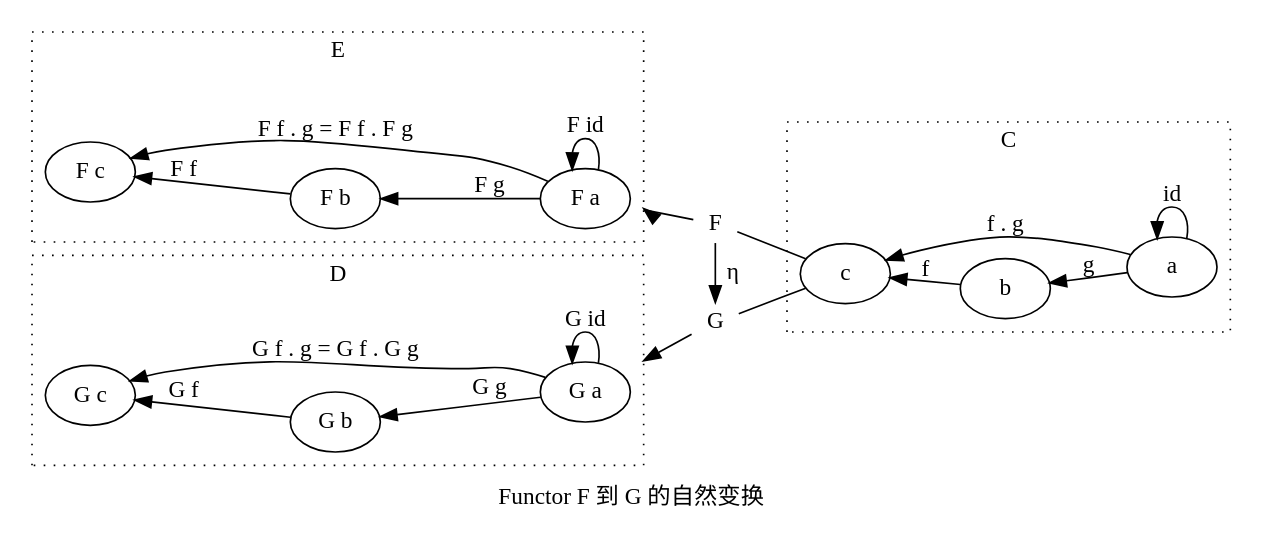
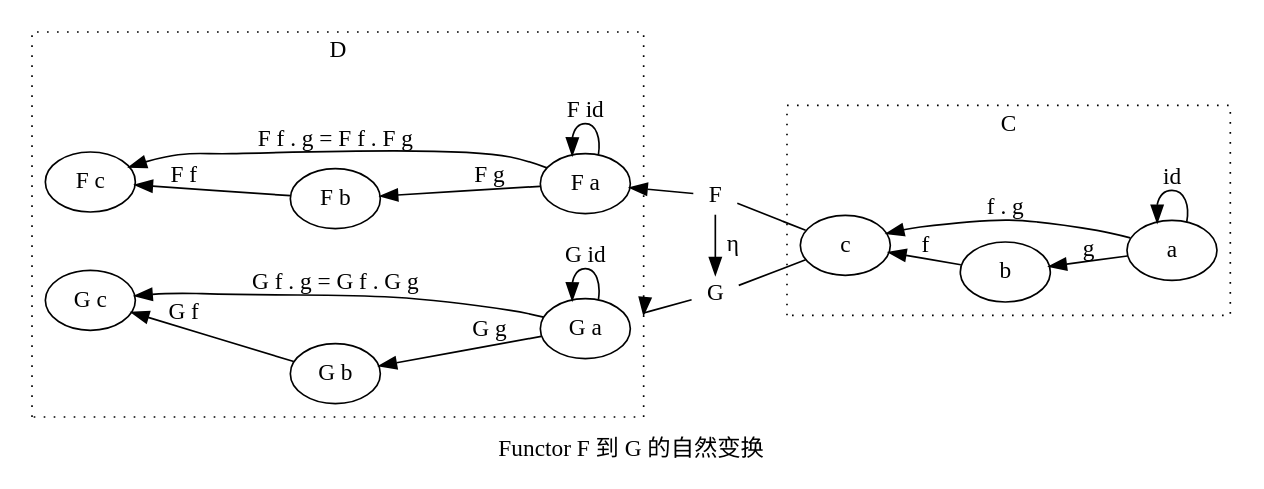
Before and after one commit to jcouyang/blog: the third of 5 diagrams in org/grokking-monad/index.org, drawn with Graphviz. The commit also changed other lines of this file and 2 other files, not shown here.

```diff
--- a/org/grokking-monad/index.org
+++ b/org/grokking-monad/index.org
@@ -187,45 +194,40 @@
 #+BEGIN_SRC dot :file images/natrual-transformation.svg :exports results
   digraph {
   label="Functor F 到 G 的自然变换"
   compound=true;
   rankdir=RL
   subgraph cluster_C {
           style=dotted
           label="C"
           a -> a [label=id]
           a -> b [label=g]
           b -> c [label=f]
           a -> c [label="f . g"]
   }
   subgraph cluster_D {
           style=dotted
           label=D
           "G a" -> "G a" [label="G id"]
           "G a" -> "G b" [label="G g"]
           "G b" -> "G c" [label="G f"]
           "G a" -> "G c" [label="G f . g = G f . G g"]
-  }
-  subgraph cluster_E {
-          style=dotted
-          label=E
           "F a" -> "F a" [label="F id"]
           "F a" -> "F b" [label="F g"]
           "F b" -> "F c" [label="F f"]
           "F a" -> "F c" [label="F f . g = F f . F g"]
   }
-
   subgraph FunctorCategory {
           style=dotted
           label="Functor Category"
           rank=same;
           functorG [label="G",shape=plaintext,width=0.01, height=0.01];
           functorF [label="F", shape=plaintext, width=0.01, height=0.01];
   }
   functorF -> functorG[label="η"]
   c -> functorG [arrowhead=none]
   c -> functorF [arrowhead=none]
   functorG ->"G a"[ltail=cluster_C,lhead=cluster_D]
 
   functorF ->"F a"[ltail=cluster_C,lhead=cluster_E]
   }
 #+END_SRC
```
